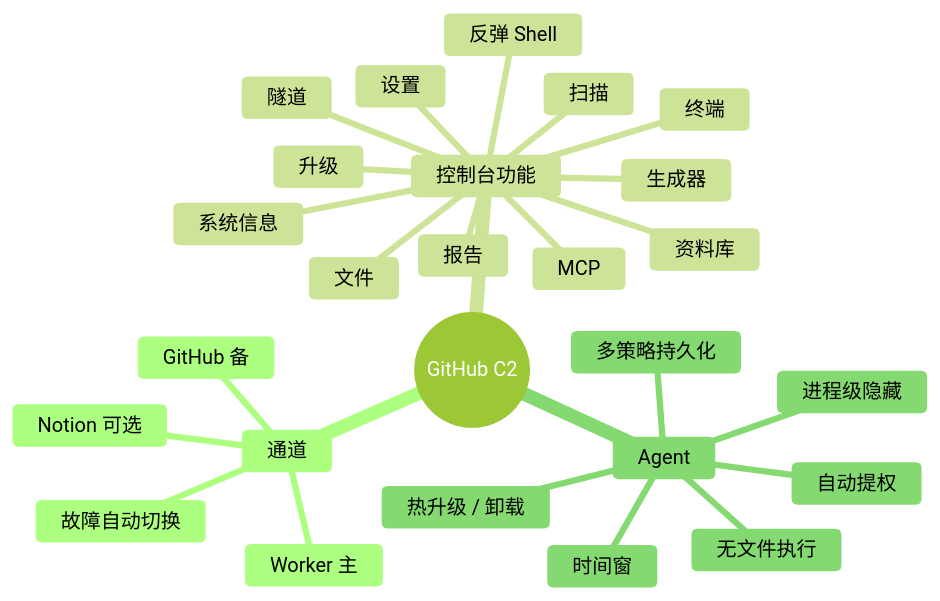
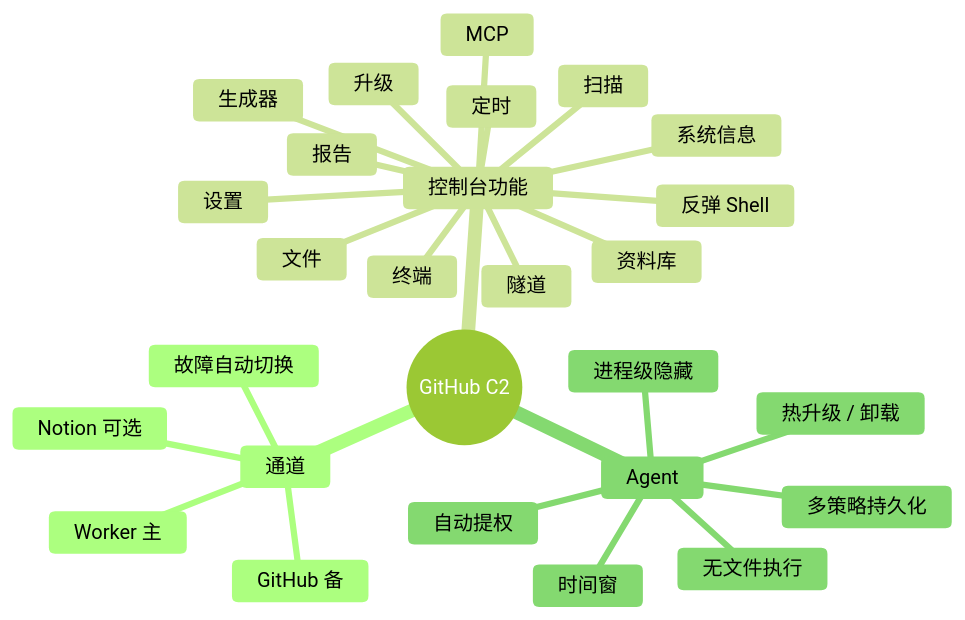
The second of 2 diagrams in README.md (Kxiandaoyan/github-C2), drawn with Mermaid (forest theme) before and after one commit. The commit also changed other lines of this file and 7 other files, not shown here.

````diff
--- a/README.md
+++ b/README.md
@@ -119,29 +119,30 @@
 ```mermaid
 mindmap
   root((GitHub C2))
     通道
       Worker 主
       GitHub 备
       Notion 可选
       故障自动切换
     控制台功能
       终端
+      定时
       反弹 Shell
       文件
       隧道
       扫描
       系统信息
       资料库
       报告
       升级
       生成器
       MCP
       设置
     Agent
       自动提权
       进程级隐藏
       多策略持久化
       时间窗
       无文件执行
       热升级 / 卸载
 ```
````
